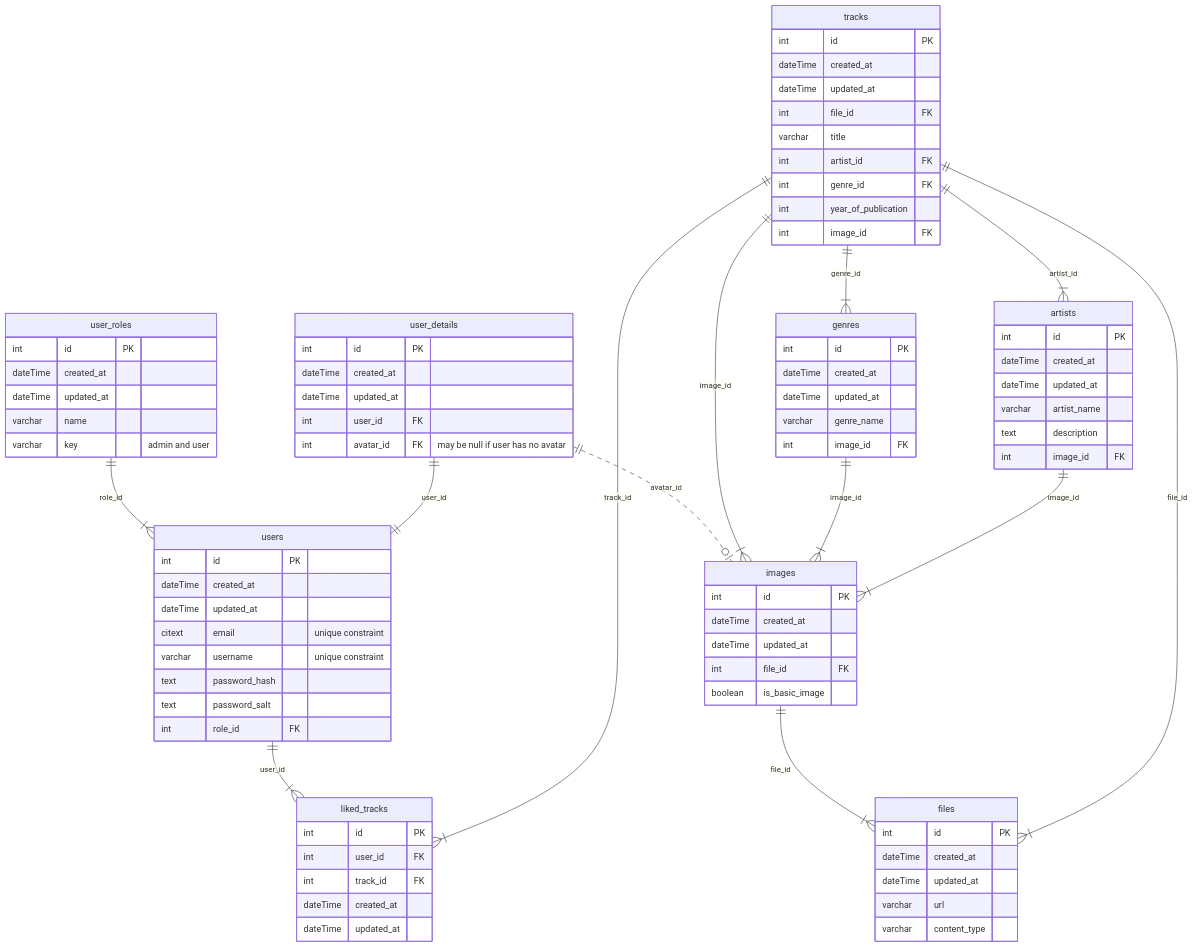
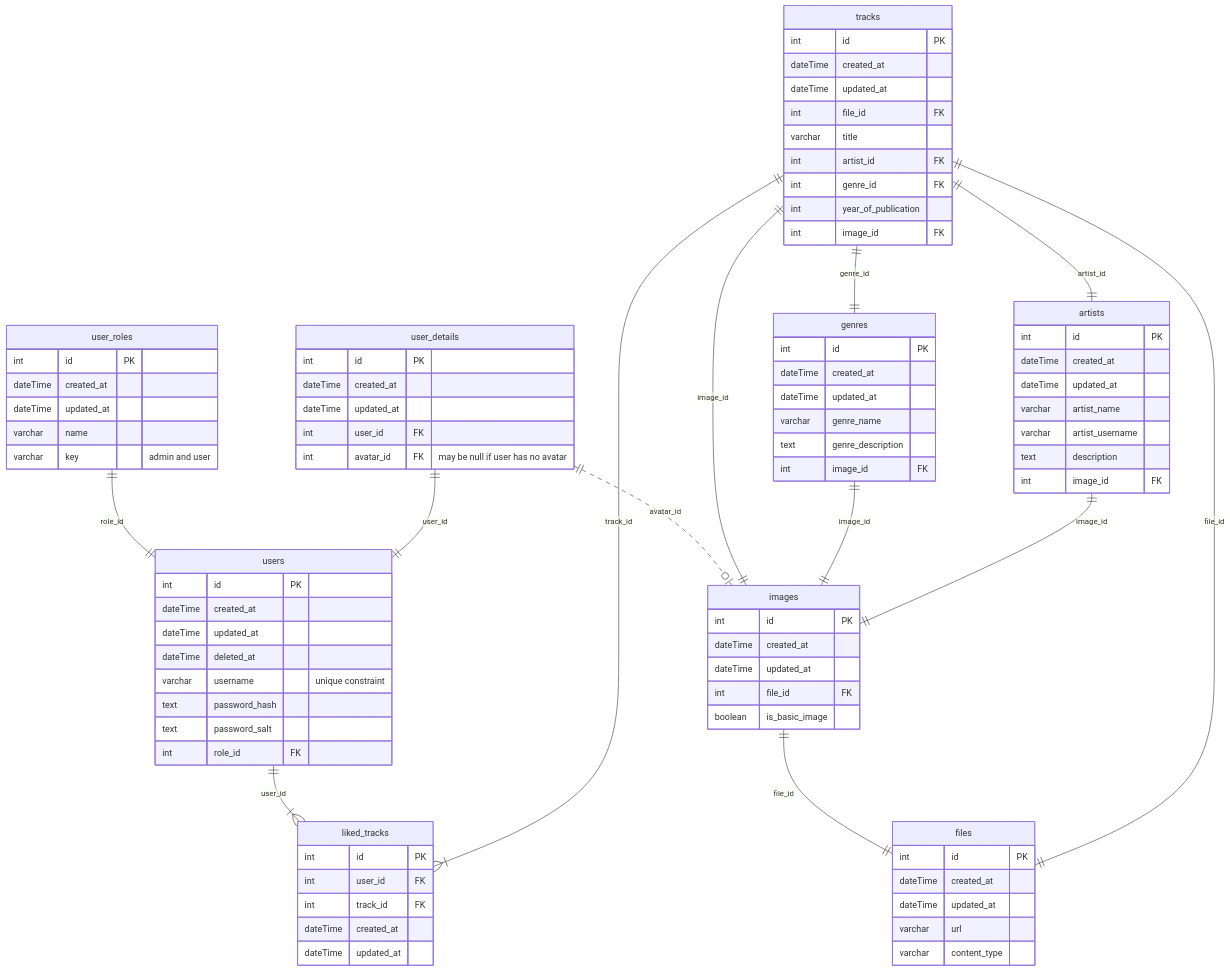
The diagram in readme.md (Nanaier/kursova-3), drawn with Mermaid before and after one commit.

Commit message:
Updated readme database schema

````diff
--- a/readme.md
+++ b/readme.md
@@ -21,7 +21,7 @@
       int id PK
       dateTime created_at
       dateTime updated_at
-      citext email "unique constraint"
+      dateTime deleted_at
       varchar username "unique constraint"
       text password_hash
       text password_salt
@@ -71,6 +71,7 @@
       dateTime created_at
       dateTime updated_at
       varchar genre_name
+      text genre_description
       int image_id FK
    }
    artists{
@@ -78,29 +79,30 @@
       dateTime created_at
       dateTime updated_at
       varchar artist_name
+      varchar artist_username
       text description
       int image_id FK
    }
-  liked_tracks {
-   int id PK
-   int user_id FK
-   int track_id FK
-   dateTime created_at
-   dateTime updated_at
-}
+   liked_tracks {
+      int id PK
+      int user_id FK
+      int track_id FK
+      dateTime created_at
+      dateTime updated_at
+   }
 
-   user_roles ||--|{ users : role_id
+   user_roles ||--|| users : role_id
    user_details ||--|| users : user_id
    user_details ||..|o images : avatar_id
-   images ||--|{ files : file_id
+   images ||--|| files : file_id
    users ||--|{ liked_tracks : user_id
    tracks ||--|{ liked_tracks : track_id
-   tracks ||--|{ images : image_id
-   tracks ||--|{ files : file_id
-   tracks ||--|{ genres : genre_id
-   tracks ||--|{ artists : artist_id
-   genres ||--|{ images : image_id
-   artists ||--|{ images : image_id
+   tracks ||--|| images : image_id
+   tracks ||--|| files : file_id
+   tracks ||--|| genres : genre_id
+   tracks ||--|| artists : artist_id
+   genres ||--|| images : image_id
+   artists ||--|| images : image_id
 
 
 ```
````
